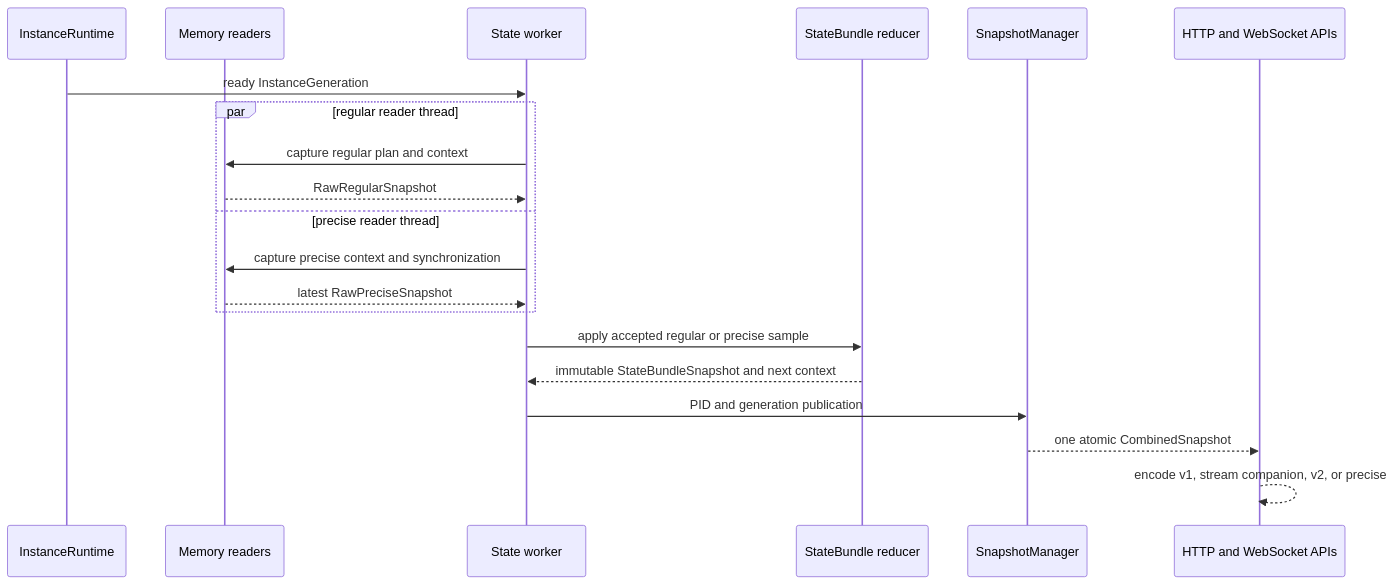
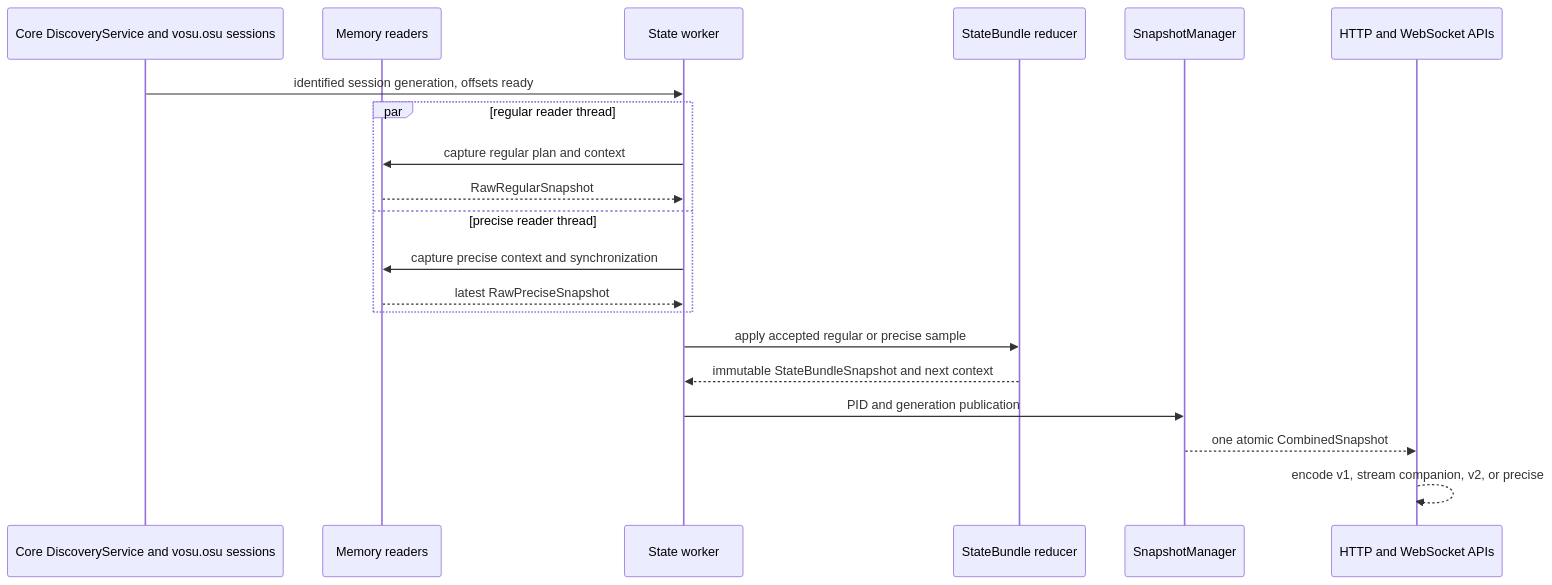
One commit to 18-lab-dev/vosu changed the third of 3 diagrams in docs/architecture/overview.md. Above: the diagram before and after it, drawn with Mermaid. The commit also changed other lines of this file and 9 other files, not shown here.

````diff
--- a/docs/architecture/overview.md
+++ b/docs/architecture/overview.md
@@ -123,23 +126,23 @@
 ```mermaid
 sequenceDiagram
-    participant D as InstanceRuntime
+    participant D as Core DiscoveryService and vosu.osu sessions
     participant M as Memory readers
     participant W as State worker
     participant R as StateBundle reducer
     participant P as SnapshotManager
     participant A as HTTP and WebSocket APIs
 
-    D->>W: ready InstanceGeneration
+    D->>W: identified session generation, offsets ready
     par regular reader thread
         W->>M: capture regular plan and context
         M-->>W: RawRegularSnapshot
     and precise reader thread
         W->>M: capture precise context and synchronization
         M-->>W: latest RawPreciseSnapshot
     end
     W->>R: apply accepted regular or precise sample
     R-->>W: immutable StateBundleSnapshot and next context
     W->>P: PID and generation publication
     P-->>A: one atomic CombinedSnapshot
     A-->>A: encode v1, stream companion, v2, or precise
 ```
````
